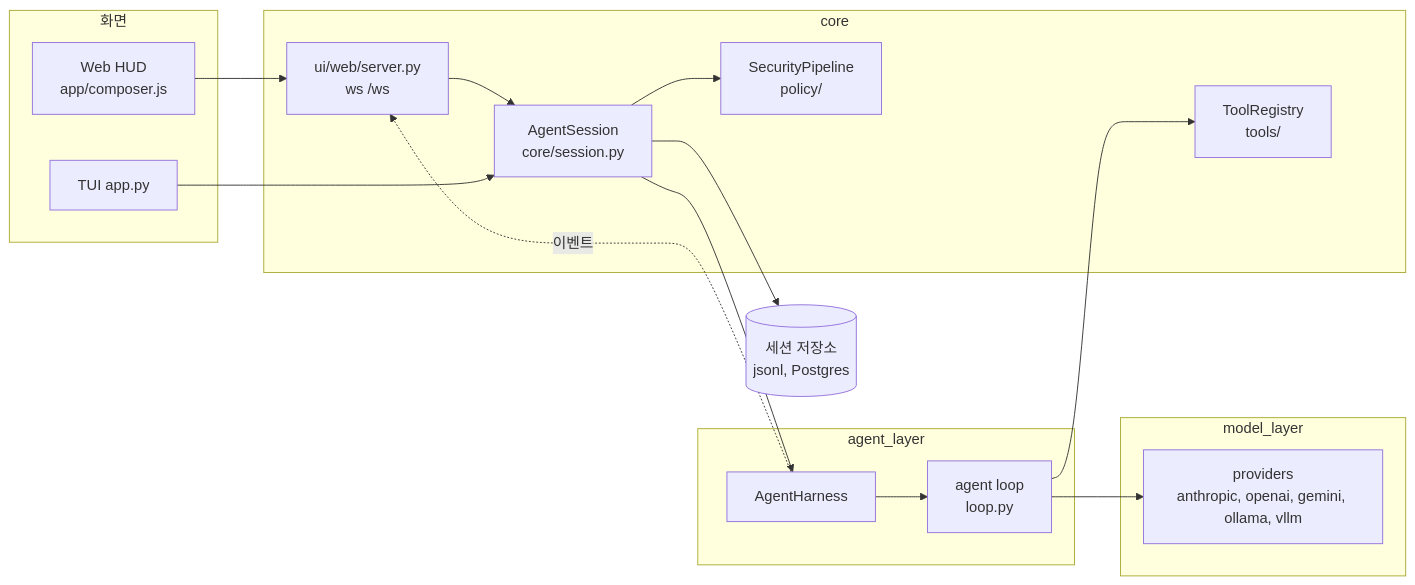
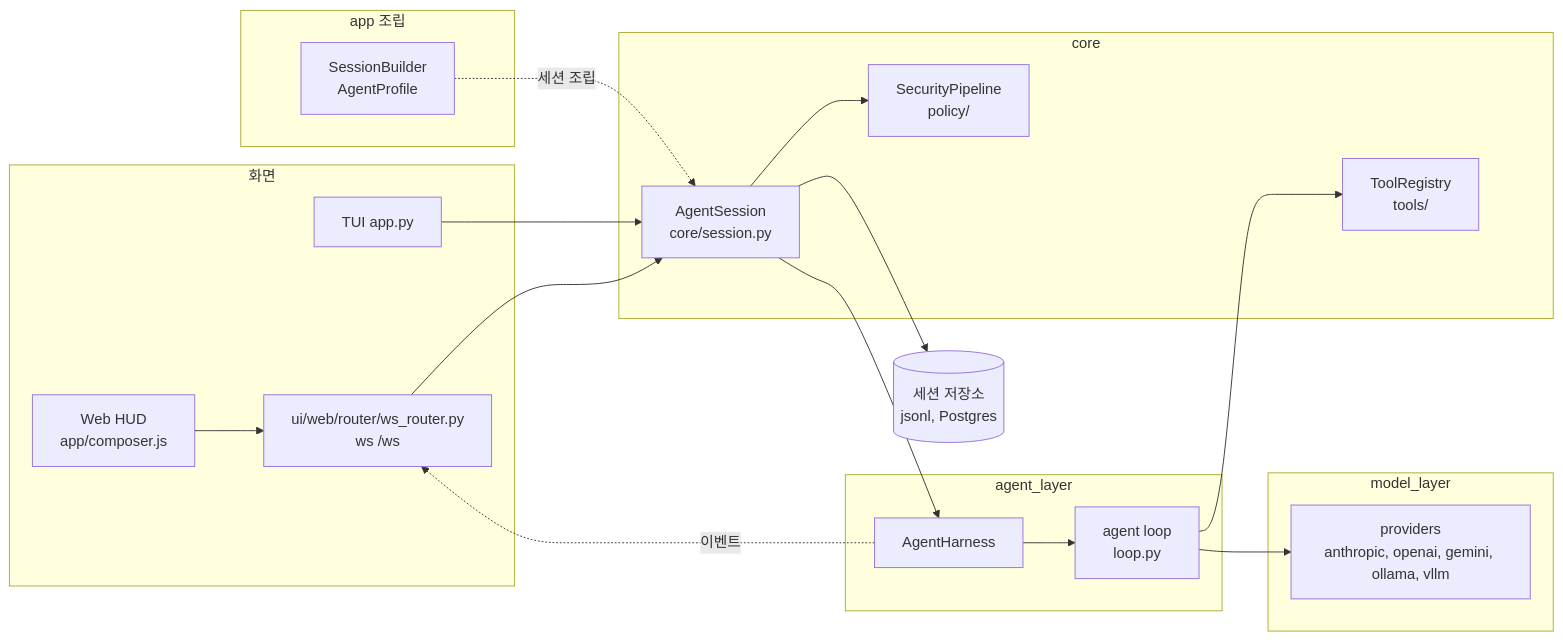
One commit to ash-hun/jarvis-agent changed the first of 11 diagrams in website/docs/services.md. Above: the diagram before and after it, drawn with Mermaid. The commit also changed other lines of this file and 384 other files, not shown here.

````diff
--- a/website/docs/services.md
+++ b/website/docs/services.md
@@ -37,28 +37,32 @@
 ```mermaid
 flowchart LR
   subgraph UI[화면]
     HUD[Web HUD<br/>app/composer.js]
     TUI[TUI app.py]
+    WS["ui/web/router/ws_router.py<br/>ws /ws"]
+  end
+  subgraph APP[app 조립]
+    SB[SessionBuilder<br/>AgentProfile]
   end
   subgraph CORE[core]
-    WS["ui/web/server.py<br/>ws /ws"]
     SES[AgentSession<br/>core/session.py]
     SEC[SecurityPipeline<br/>policy/]
     REG[ToolRegistry<br/>tools/]
   end
   subgraph AGENT[agent_layer]
     HAR[AgentHarness]
     LOOP[agent loop<br/>loop.py]
   end
   subgraph MODEL[model_layer]
     PROV[providers<br/>anthropic, openai, gemini, ollama, vllm]
   end
   REPO[(세션 저장소<br/>jsonl, Postgres)]
   HUD --> WS --> SES
   TUI --> SES
+  SB -. 세션 조립 .-> SES
   SES --> SEC
   SES --> HAR --> LOOP --> PROV
   LOOP --> REG
   SES --> REPO
   HAR -. 이벤트 .-> WS
 ```
````
